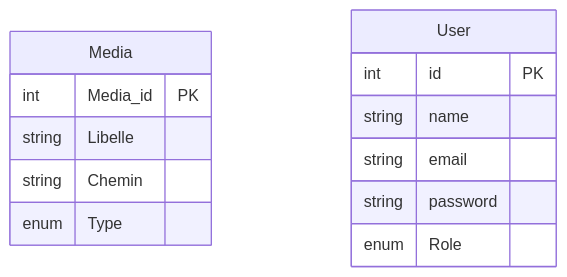
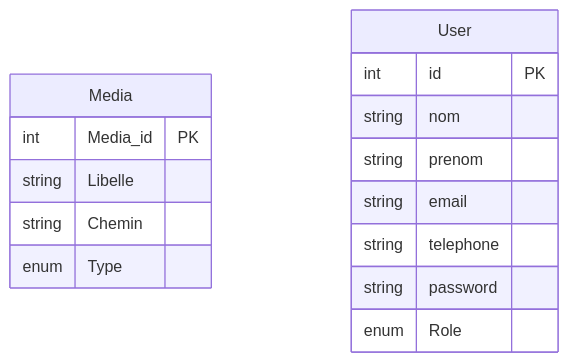
One commit to S-T-L/Safe-Campus-back changed the first of 4 diagrams in docs/schema_bd.md. Above: the diagram before and after it, drawn with Mermaid. The commit also changed other lines of this file and 16 other files, not shown here.

````diff
--- a/docs/schema_bd.md
+++ b/docs/schema_bd.md
@@ -43,17 +43,19 @@
 ```mermaid
 erDiagram
     Media {
         int    Media_id PK
         string Libelle
         string Chemin
         enum   Type
     }
 
     User {
         int    id       PK
-        string name
+        string nom
+        string prenom
         string email
+        string telephone
         string password
         enum   Role
     }
 ```
````
